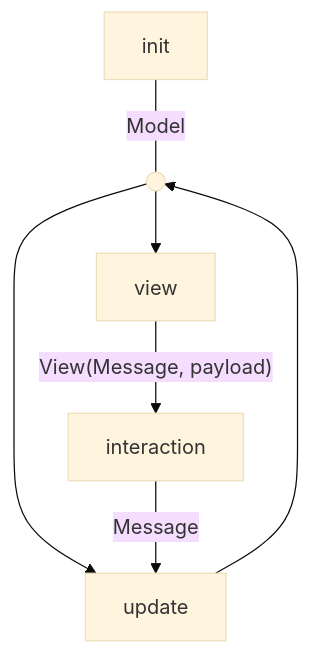
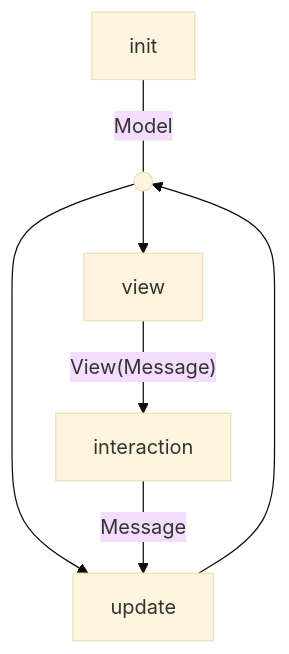
Before and after one commit to obust/terrocotta: the diagram in docs/architecture.md, drawn with Mermaid (base theme). The commit also changed other lines of this file and 8 other files, not shown here.

````diff
--- a/docs/architecture.md
+++ b/docs/architecture.md
@@ -16,15 +16,15 @@
 ```mermaid
 graph TD
     ModelState(( ))
 
     init ---|Model| ModelState
 
     ModelState --> view
     ModelState --> update
 
-    view -->|"View(Message, payload)"| interaction
+    view -->|"View(Message)"| interaction
 
     interaction -->|Message| update
 
     update --> ModelState
 ```
````
